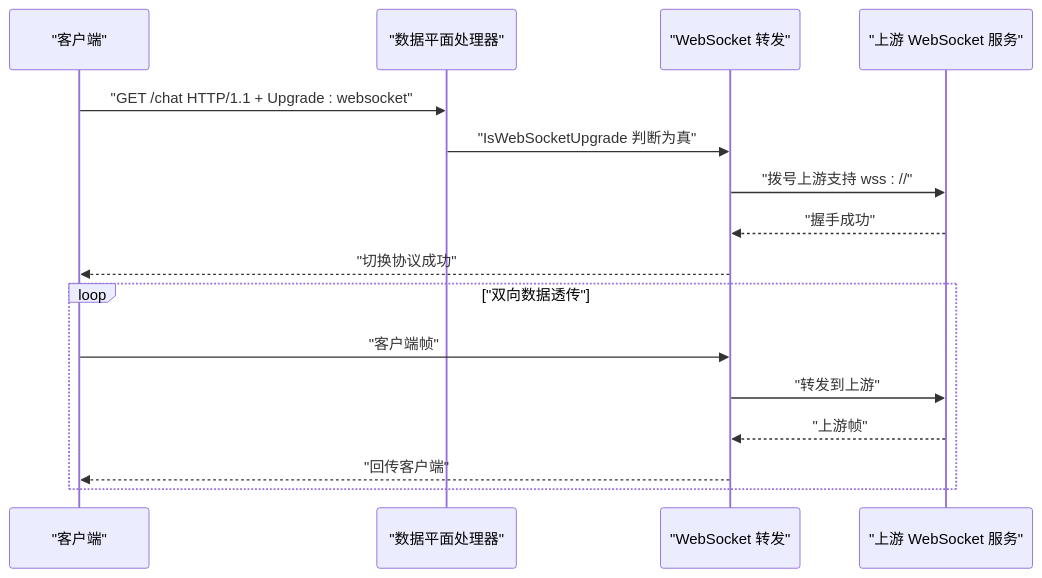
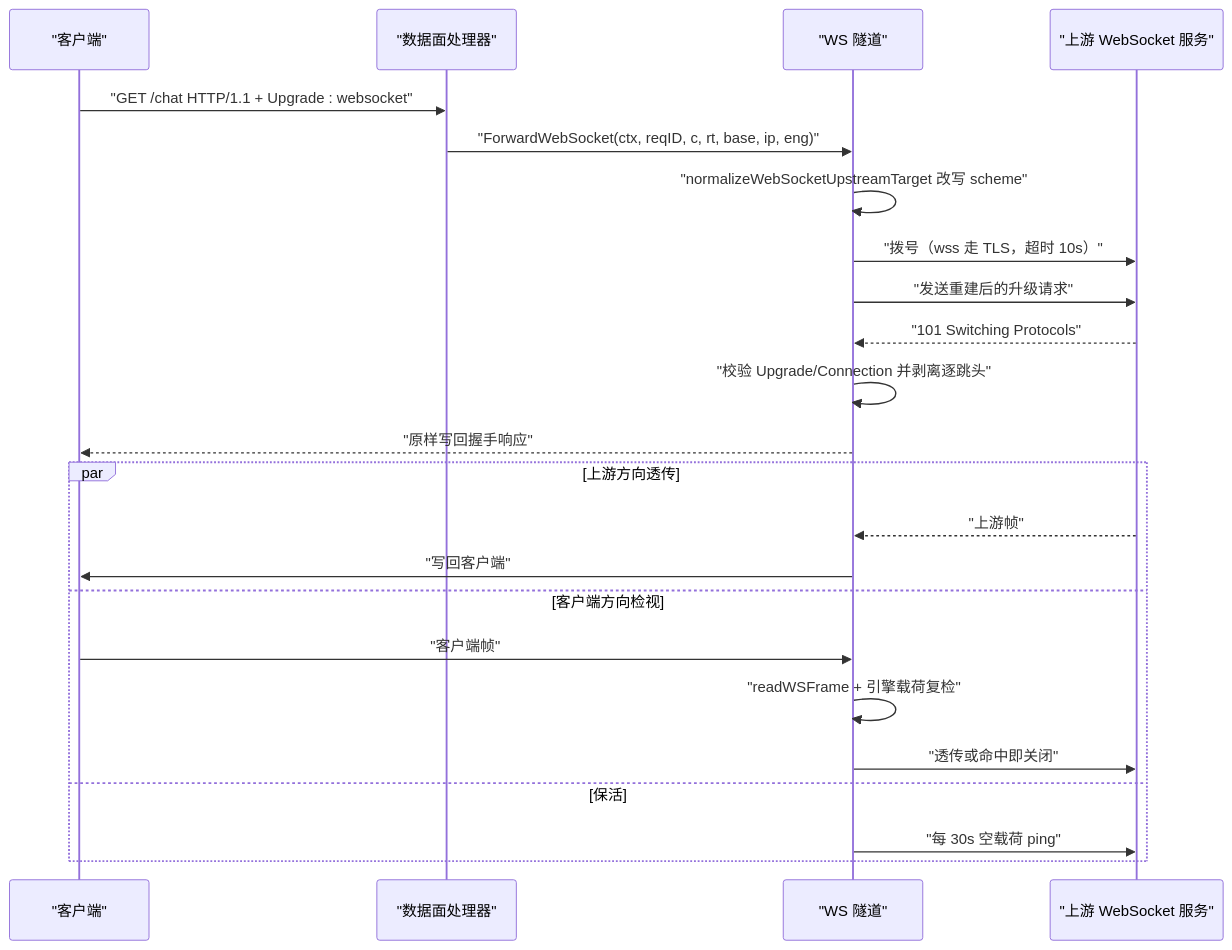
Before and after one commit to x01n/My-OpenWaf: the eighth of 12 diagrams in docs/数据平面处理/数据平面处理.md, drawn with Mermaid. The commit also changed other lines of this file and 622 other files, not shown here.

````diff
--- a/docs/数据平面处理/数据平面处理.md
+++ b/docs/数据平面处理/数据平面处理.md
@@ -259,18 +409,25 @@
 ```mermaid
 sequenceDiagram
 participant C as "客户端"
-participant DP as "数据平面处理器"
-participant WS as "WebSocket 转发"
+participant DP as "数据面处理器"
+participant WS as "WS 隧道"
 participant U as "上游 WebSocket 服务"
 C->>DP : "GET /chat HTTP/1.1 + Upgrade : websocket"
-DP->>WS : "IsWebSocketUpgrade 判断为真"
-WS->>U : "拨号上游支持 wss : //"
-U-->>WS : "握手成功"
-WS-->>C : "切换协议成功"
-loop "双向数据透传"
+DP->>WS : "ForwardWebSocket(ctx, reqID, c, rt, base, ip, eng)"
+WS->>WS : "normalizeWebSocketUpstreamTarget 改写 scheme"
+WS->>U : "拨号（wss 走 TLS，超时 10s）"
+WS->>U : "发送重建后的升级请求"
+U-->>WS : "101 Switching Protocols"
+WS->>WS : "校验 Upgrade/Connection 并剥离逐跳头"
+WS-->>C : "原样写回握手响应"
+par 上游方向透传
+U-->>WS : "上游帧"
+WS->>C : "写回客户端"
+and 客户端方向检视
 C->>WS : "客户端帧"
-WS->>U : "转发到上游"
-U-->>WS : "上游帧"
-WS-->>C : "回传客户端"
+WS->>WS : "readWSFrame + 引擎载荷复检"
+WS->>U : "透传或命中即关闭"
+and 保活
+WS->>U : "每 30s 空载荷 ping"
 end
 ```
````
